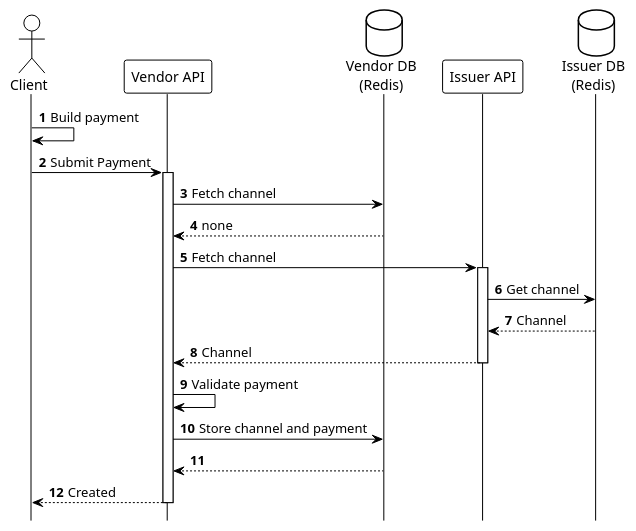
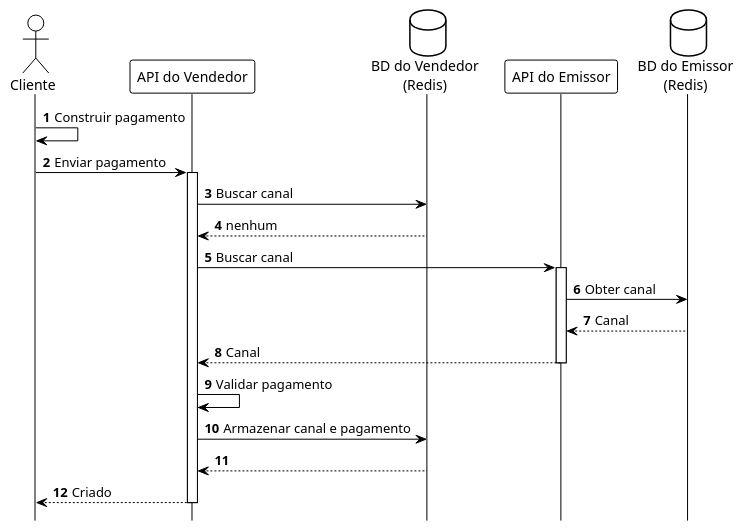
The diagram in umls/phase2a-first-payment.puml (otaviootavio/nanomoni), drawn with PlantUML before and after one commit. The commit also changed 161 other files, not shown here.

```diff
--- a/umls/phase2a-first-payment.puml
+++ b/umls/phase2a-first-payment.puml
@@ -1,37 +1,37 @@
 @startuml Phase2a_First_Payment
 
 !theme plain
 autonumber
 
 hide footbox
 
-actor "Client" as Client
-participant "Vendor API" as Vendor
-database "Vendor DB\n(Redis)" as VendorDB
-participant "Issuer API" as Issuer
-database "Issuer DB\n(Redis)" as IssuerDB
+actor "Cliente" as Client
+participant "API do Vendedor" as Vendor
+database "BD do Vendedor\n(Redis)" as VendorDB
+participant "API do Emissor" as Issuer
+database "BD do Emissor\n(Redis)" as IssuerDB
 
-Client -> Client: Build payment
+Client -> Client: Construir pagamento
 
-Client -> Vendor: Submit Payment
+Client -> Vendor: Enviar pagamento
 activate Vendor
 
-Vendor -> VendorDB: Fetch channel
-VendorDB --> Vendor: none
+Vendor -> VendorDB: Buscar canal
+VendorDB --> Vendor: nenhum
 
-Vendor -> Issuer: Fetch channel
+Vendor -> Issuer: Buscar canal
 activate Issuer
-Issuer -> IssuerDB: Get channel
-IssuerDB --> Issuer: Channel
-Issuer --> Vendor: Channel
+Issuer -> IssuerDB: Obter canal
+IssuerDB --> Issuer: Canal
+Issuer --> Vendor: Canal
 deactivate Issuer
 
-Vendor -> Vendor: Validate payment
+Vendor -> Vendor: Validar pagamento
 
-Vendor -> VendorDB: Store channel and payment
+Vendor -> VendorDB: Armazenar canal e pagamento
 VendorDB --> Vendor: 
 
-Vendor --> Client: Created
+Vendor --> Client: Criado
 deactivate Vendor
 
 @enduml
```
